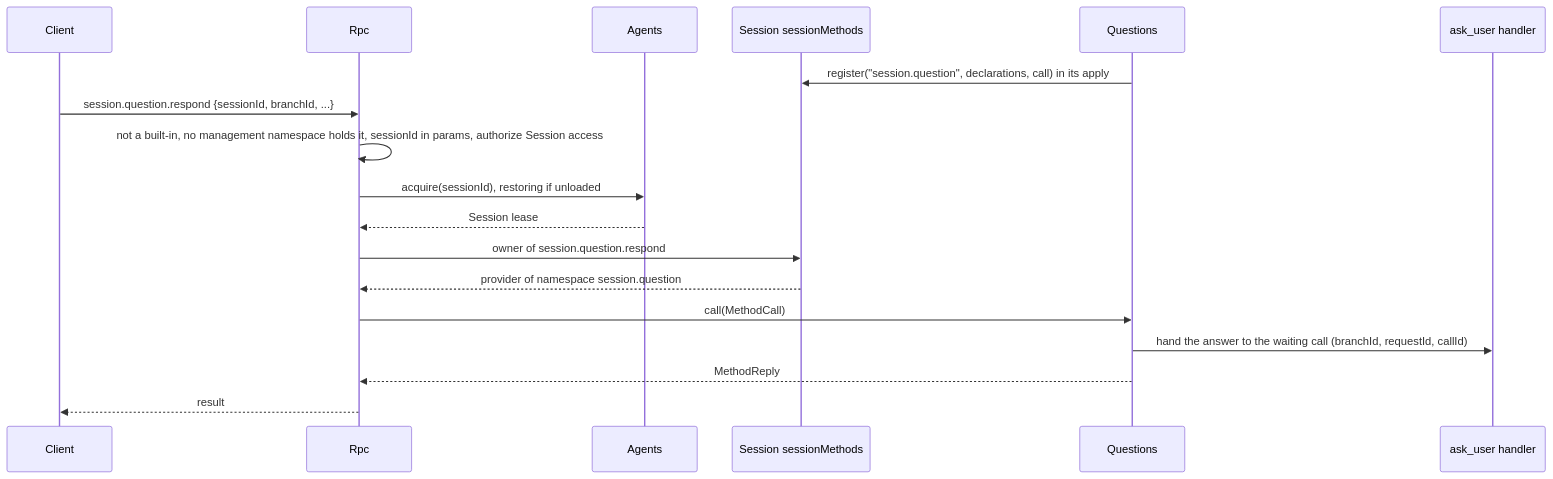
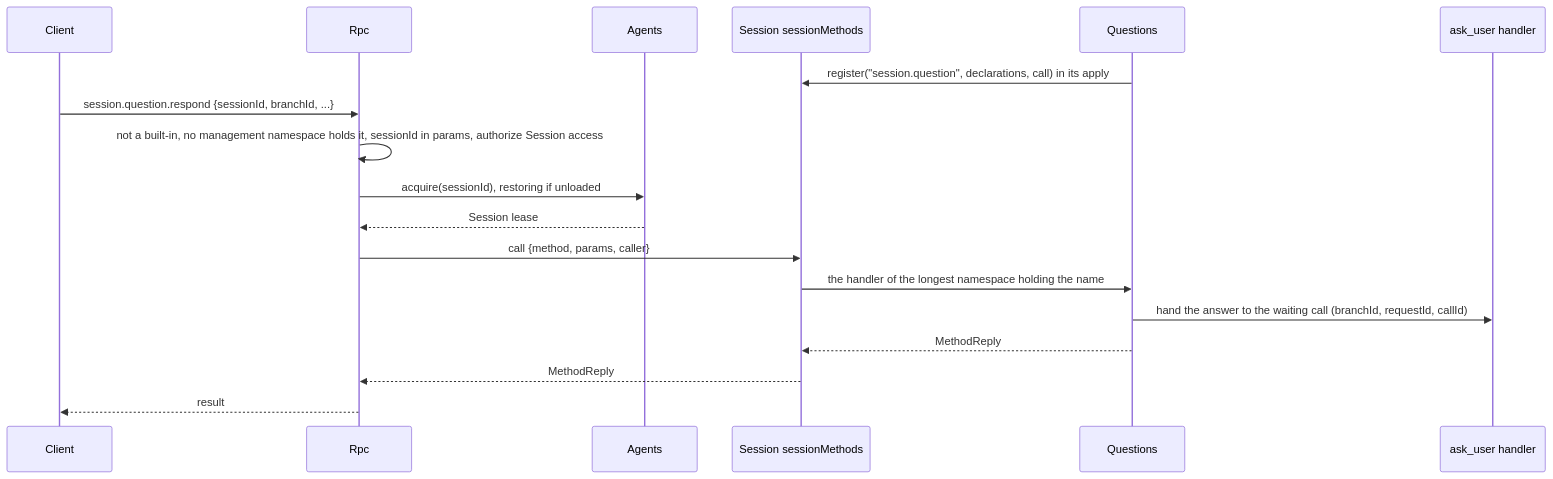
Before and after one commit to arcships/dim: the second of 3 diagrams in docs/design/contracts/session-boundary.md, drawn with Mermaid. The commit also changed other lines of this file and 2 other files, not shown here.

````diff
--- a/docs/design/contracts/session-boundary.md
+++ b/docs/design/contracts/session-boundary.md
@@ -71,20 +71,20 @@
 ```mermaid
 sequenceDiagram
   participant CL as Client
   participant Rpc as Rpc
   participant AI as Agents
   participant S as Session sessionMethods
   participant Q as Questions
   participant H as ask_user handler
   Q->>S: register("session.question", declarations, call) in its apply
   CL->>Rpc: session.question.respond {sessionId, branchId, ...}
   Rpc->>Rpc: not a built-in, no management namespace holds it, sessionId in params, authorize Session access
   Rpc->>AI: acquire(sessionId), restoring if unloaded
   AI-->>Rpc: Session lease
-  Rpc->>S: owner of session.question.respond
-  S-->>Rpc: provider of namespace session.question
-  Rpc->>Q: call(MethodCall)
+  Rpc->>S: call {method, params, caller}
+  S->>Q: the handler of the longest namespace holding the name
   Q->>H: hand the answer to the waiting call (branchId, requestId, callId)
-  Q-->>Rpc: MethodReply
+  Q-->>S: MethodReply
+  S-->>Rpc: MethodReply
   Rpc-->>CL: result
 ```
````
